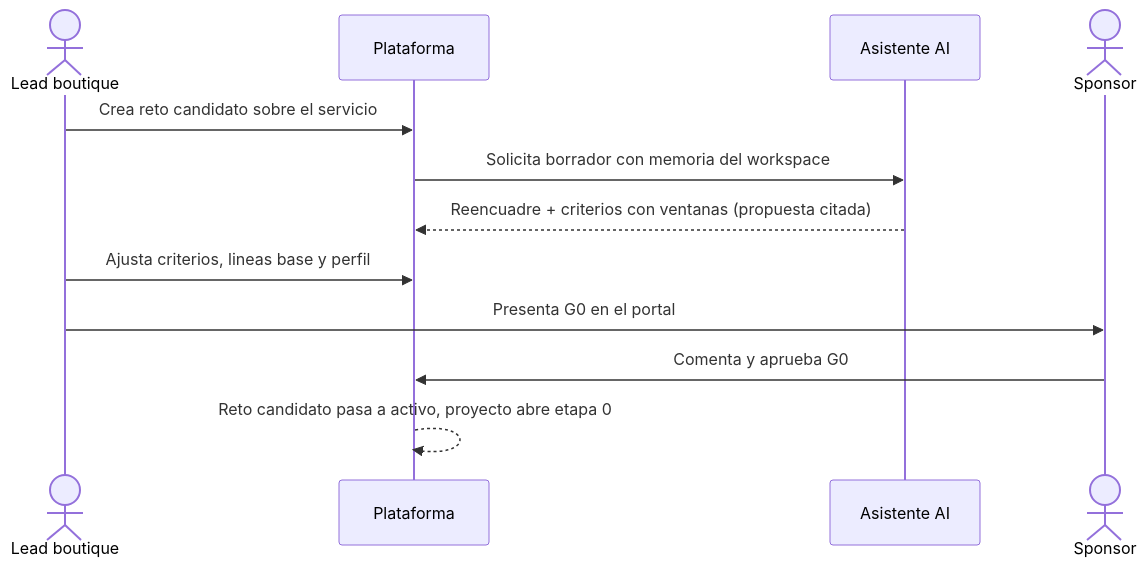
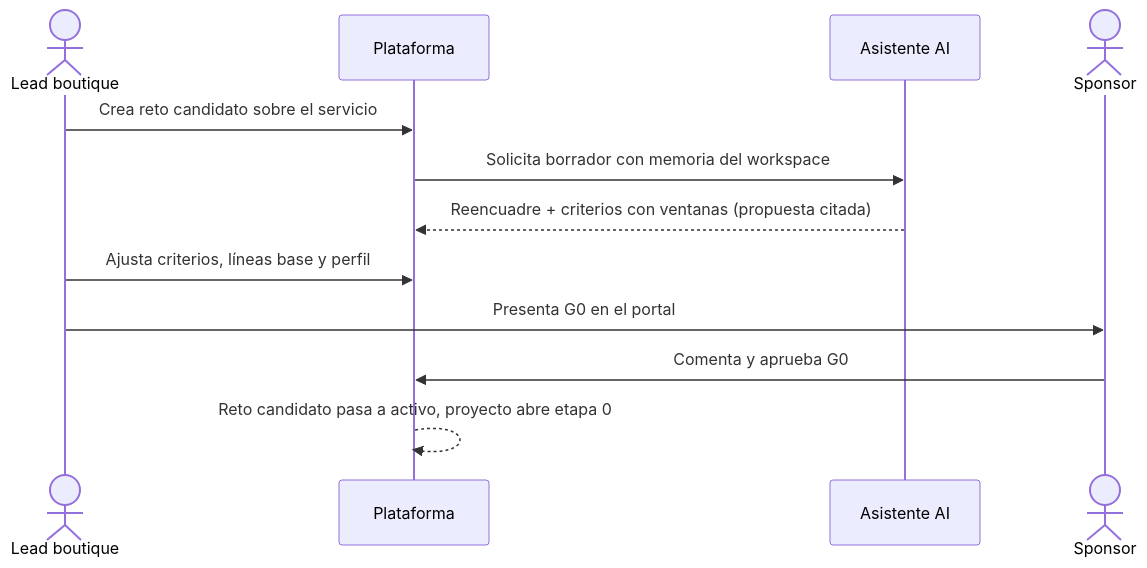
One commit to jtrujillo-ws/designio-app changed the third of 9 diagrams in docs/04-journeys/journeys-plataforma.md. Above: the diagram before and after it, drawn with Mermaid. The commit also changed other lines of this file and 4 other files, not shown here.

````diff
--- a/docs/04-journeys/journeys-plataforma.md
+++ b/docs/04-journeys/journeys-plataforma.md
@@ -108,15 +108,15 @@
 ```mermaid
 sequenceDiagram
   actor L as Lead boutique
   participant P as Plataforma
   participant AI as Asistente AI
   actor S as Sponsor
 
   L->>P: Crea reto candidato sobre el servicio
   P->>AI: Solicita borrador con memoria del workspace
   AI-->>P: Reencuadre + criterios con ventanas (propuesta citada)
-  L->>P: Ajusta criterios, lineas base y perfil
+  L->>P: Ajusta criterios, líneas base y perfil
   L->>S: Presenta G0 en el portal
   S->>P: Comenta y aprueba G0
   P-->>P: Reto candidato pasa a activo, proyecto abre etapa 0
 ```
````
